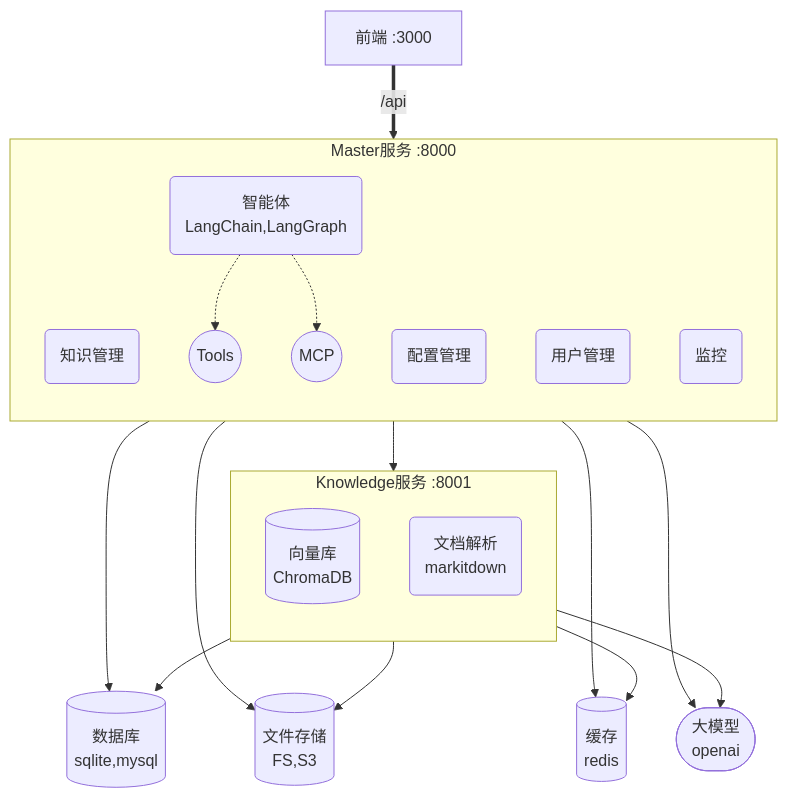
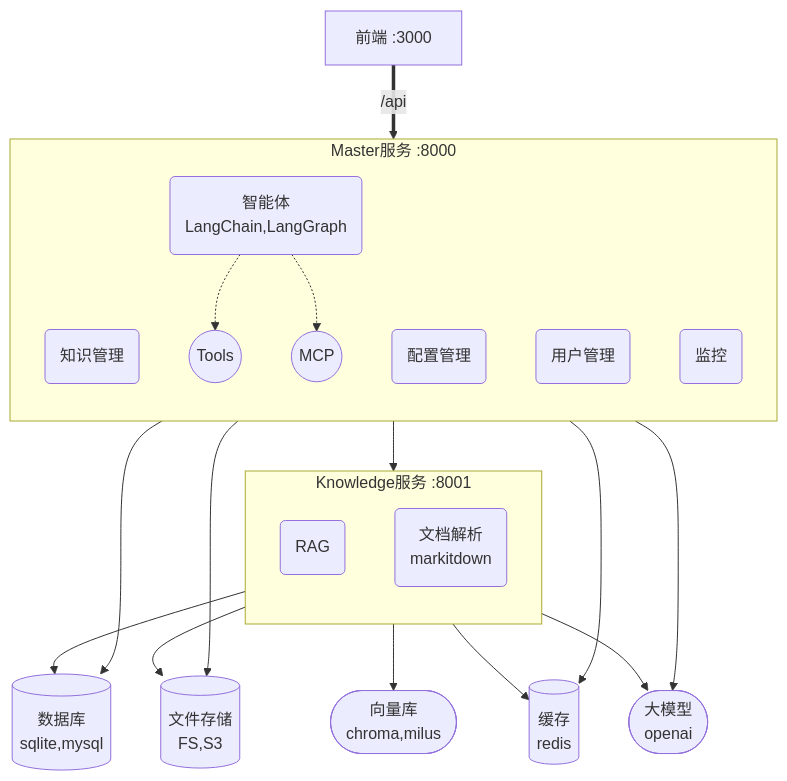
One commit to BytemanD/next-agents-platform changed the diagram in README.md. Above: the diagram before and after it, drawn with Mermaid. The commit also changed other lines of this file and 7 other files, not shown here.

````diff
--- a/README.md
+++ b/README.md
@@ -30,30 +30,31 @@
 ```mermaid
 flowchart TB
     FE[前端 :3000] ==>|/api| MS
     subgraph MS[Master服务 :8000]
         direction TB
         KM(知识管理)
         CM(配置管理)
         UM(用户管理)
         Monitor(监控)
         Agents(智能体<br/>LangChain,LangGraph)
         Agents .-> TOOL((Tools))
         Agents .-> MCP((MCP))
     end
     subgraph KS[Knowledge服务 :8001]
         direction TB
-        Vector[(向量库<br/>ChromaDB)]
+        RAG(RAG)
         Parser(文档解析<br/>markitdown)
     end
     MS --> KS
 
     MS --> DB[(数据库<br/>sqlite,mysql)]
     MS --> Storage[(文件存储<br/>FS,S3)]
     MS --> Cache[(缓存<br/>redis)]
     MS --> LLM([大模型<br/>openai])
 
     KS --> DB
     KS --> Storage
     KS --> Cache
     KS --> LLM
+    KS --> Vector([向量库<br/>chroma,milus])
 ```
````
